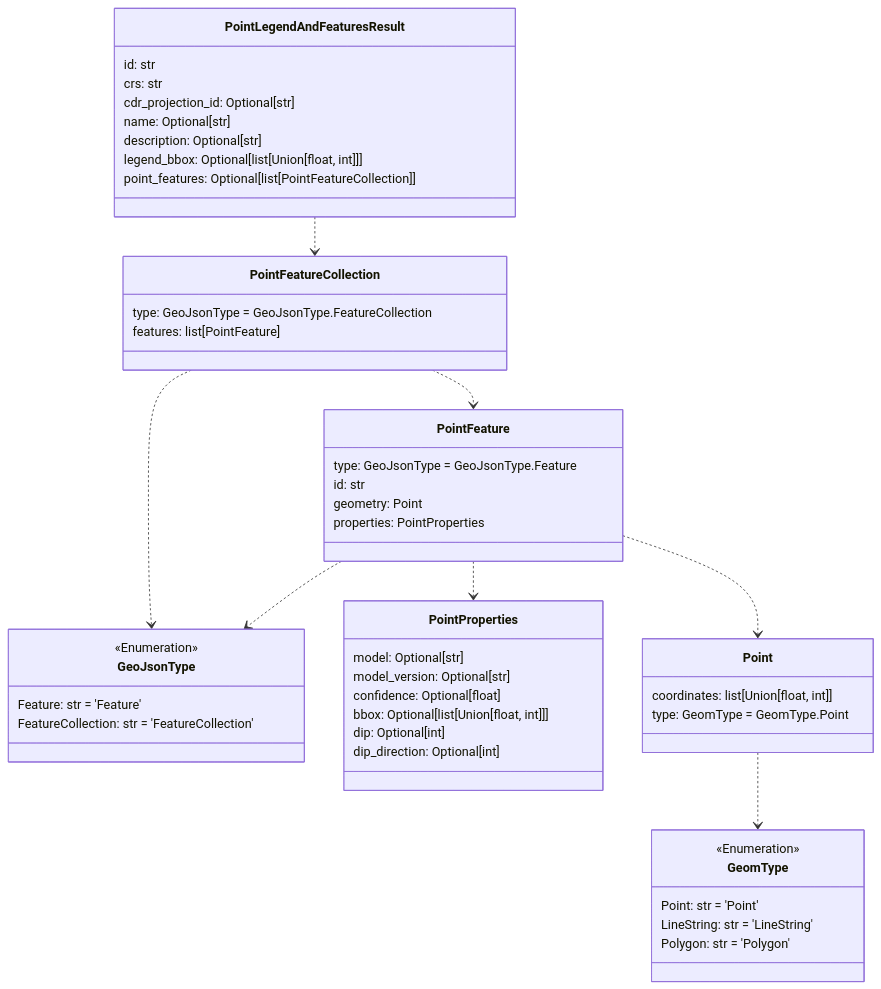
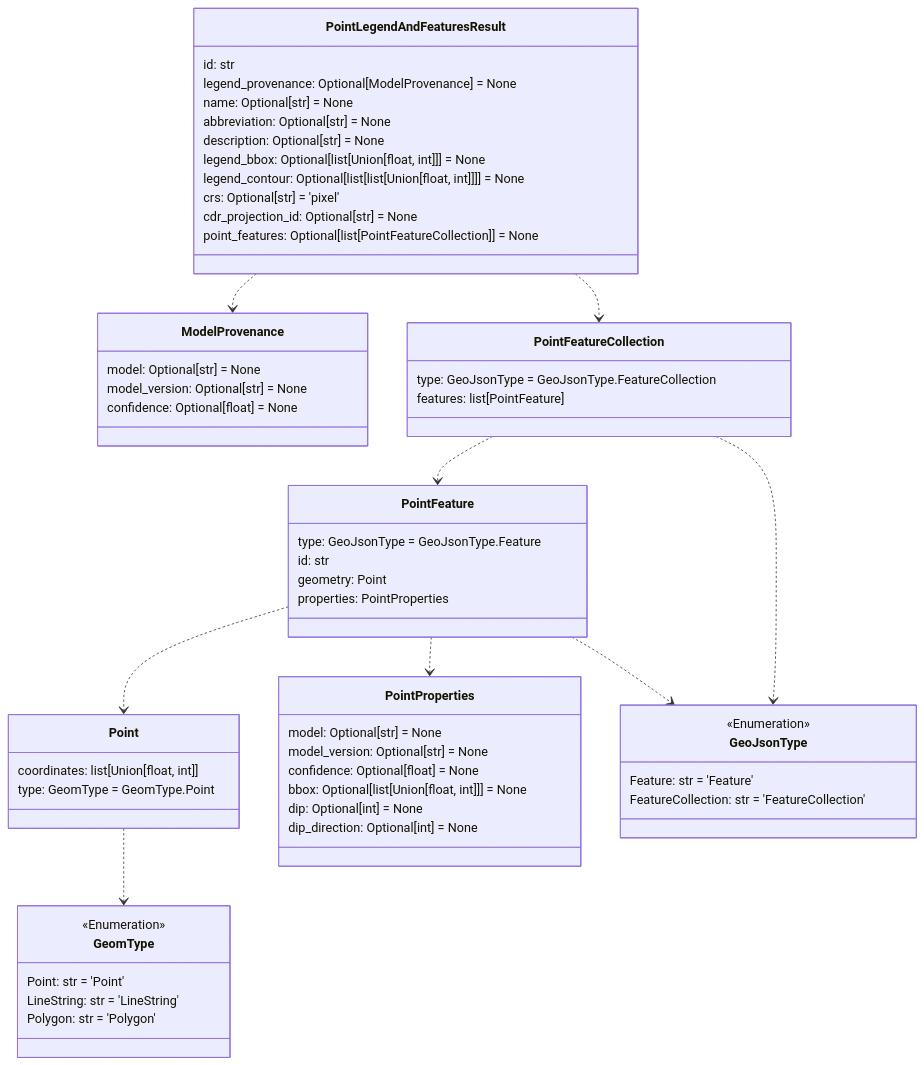
One commit to DARPA-CRITICALMAAS/cdr_schemas changed the fifth of 12 diagrams in README.md. Above: the diagram before and after it, drawn with Mermaid. The commit also changed other lines of this file and 7 other files, not shown here.

````diff
--- a/README.md
+++ b/README.md
@@ -341,62 +353,72 @@
 ```mermaid
 classDiagram
 
-    class PointProperties {
-        model: Optional[str]
-        model_version: Optional[str]
-        confidence: Optional[float]
-        bbox: Optional[list[Union[float, int]]]
-        dip: Optional[int]
-        dip_direction: Optional[int]
+    class ModelProvenance {
+        model: Optional[str] = None
+        model_version: Optional[str] = None
+        confidence: Optional[float] = None
+    }
+
+    class PointFeatureCollection {
+        type: GeoJsonType = GeoJsonType.FeatureCollection
+        features: list[PointFeature]
+    }
+
+    class Point {
+        coordinates: list[Union[float, int]]
+        type: GeomType = GeomType.Point
+    }
+
+    class PointFeature {
+        type: GeoJsonType = GeoJsonType.Feature
+        id: str
+        geometry: Point
+        properties: PointProperties
     }
 
     class PointLegendAndFeaturesResult {
         id: str
-        crs: str
-        cdr_projection_id: Optional[str]
-        name: Optional[str]
-        description: Optional[str]
-        legend_bbox: Optional[list[Union[float, int]]]
-        point_features: Optional[list[PointFeatureCollection]]
+        legend_provenance: Optional[ModelProvenance] = None
+        name: Optional[str] = None
+        abbreviation: Optional[str] = None
+        description: Optional[str] = None
+        legend_bbox: Optional[list[Union[float, int]]] = None
+        legend_contour: Optional[list[list[Union[float, int]]]] = None
+        crs: Optional[str] = 'pixel'
+        cdr_projection_id: Optional[str] = None
+        point_features: Optional[list[PointFeatureCollection]] = None
+    }
+
+    class PointProperties {
+        model: Optional[str] = None
+        model_version: Optional[str] = None
+        confidence: Optional[float] = None
+        bbox: Optional[list[Union[float, int]]] = None
+        dip: Optional[int] = None
+        dip_direction: Optional[int] = None
     }
 
     class GeomType {
         <<Enumeration>>
         Point: str = 'Point'
         LineString: str = 'LineString'
         Polygon: str = 'Polygon'
     }
 
-    class PointFeature {
-        type: GeoJsonType = GeoJsonType.Feature
-        id: str
-        geometry: Point
-        properties: PointProperties
-    }
-
     class GeoJsonType {
         <<Enumeration>>
         Feature: str = 'Feature'
         FeatureCollection: str = 'FeatureCollection'
     }
 
-    class Point {
-        coordinates: list[Union[float, int]]
-        type: GeomType = GeomType.Point
-    }
-
-    class PointFeatureCollection {
-        type: GeoJsonType = GeoJsonType.FeatureCollection
-        features: list[PointFeature]
-    }
-
     Point ..> GeomType
+    PointFeature ..> Point
+    PointFeature ..> PointProperties
     PointFeature ..> GeoJsonType
-    PointFeature ..> PointProperties
-    PointFeature ..> Point
+    PointFeatureCollection ..> PointFeature
     PointFeatureCollection ..> GeoJsonType
-    PointFeatureCollection ..> PointFeature
+    PointLegendAndFeaturesResult ..> ModelProvenance
     PointLegendAndFeaturesResult ..> PointFeatureCollection
 
 
 ```
````
